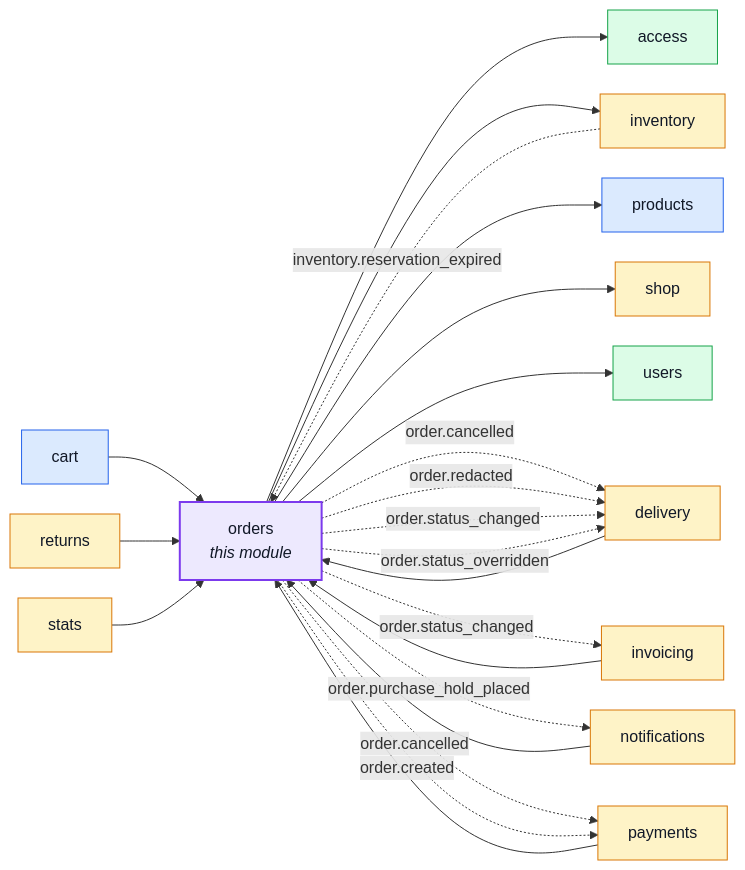
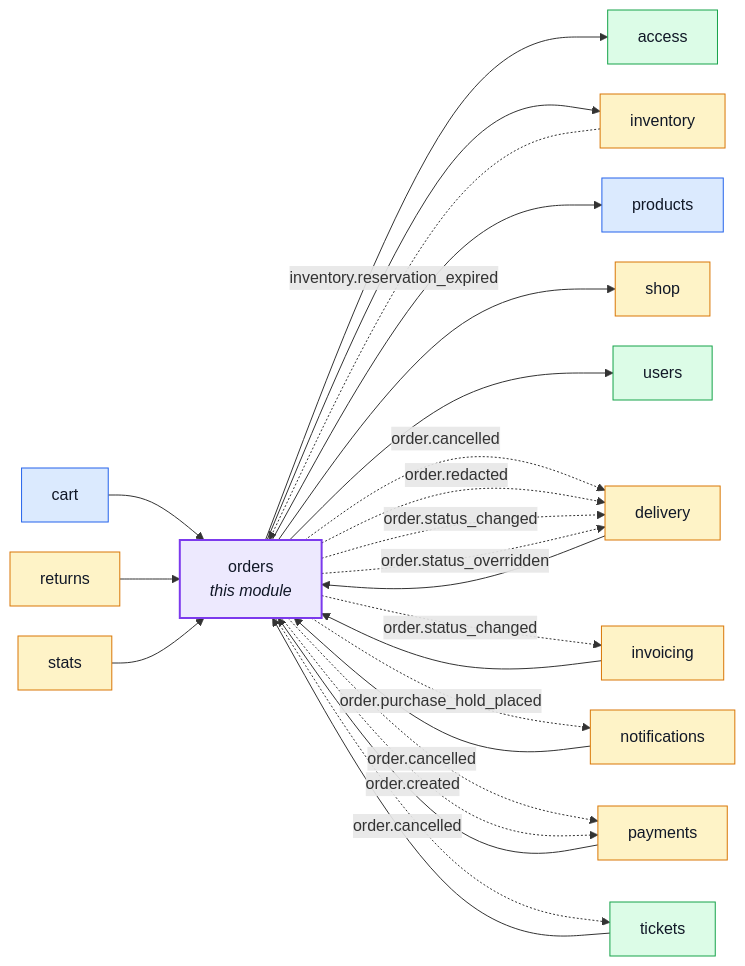
One commit to Guebbit/boilerplate-node-backend changed the first of 9 diagrams in docs/modules/orders.md. Above: the diagram before and after it, drawn with Mermaid. The commit also changed 52 other files, not shown here.

````diff
--- a/docs/modules/orders.md
+++ b/docs/modules/orders.md
@@ -16,48 +16,51 @@
 ```mermaid
 %%{init: {'flowchart': {'nodeSpacing': 30, 'rankSpacing': 60}}}%%
 flowchart LR
     orders["orders<br/><i>this module</i>"]
     access["access"]
     cart["cart"]
     delivery["delivery"]
     inventory["inventory"]
     invoicing["invoicing"]
     notifications["notifications"]
     payments["payments"]
     products["products"]
     returns["returns"]
     shop["shop"]
     stats["stats"]
+    tickets["tickets"]
     users["users"]
 
     cart --> orders
     delivery --> orders
     invoicing --> orders
     notifications --> orders
     payments --> orders
     returns --> orders
     stats --> orders
+    tickets --> orders
     orders --> access
     orders --> inventory
     orders --> products
     orders --> shop
     orders --> users
     inventory -. "inventory.reservation_expired" .-> orders
     orders -. "order.cancelled" .-> delivery
     orders -. "order.redacted" .-> delivery
     orders -. "order.status_changed" .-> delivery
     orders -. "order.status_overridden" .-> delivery
     orders -. "order.status_changed" .-> invoicing
     orders -. "order.purchase_hold_placed" .-> notifications
     orders -. "order.cancelled" .-> payments
     orders -. "order.created" .-> payments
+    orders -. "order.cancelled" .-> tickets
 
     classDef core fill:#dbeafe,stroke:#2563eb,color:#111827;
     classDef supporting fill:#fef3c7,stroke:#d97706,color:#111827;
     classDef generic fill:#dcfce7,stroke:#16a34a,color:#111827;
     classDef centre fill:#ede9fe,stroke:#7c3aed,stroke-width:2px,color:#111827;
     class cart,products core;
     class delivery,inventory,invoicing,notifications,payments,returns,shop,stats supporting;
-    class access,users generic;
+    class access,tickets,users generic;
     class orders centre;
 ```
````
